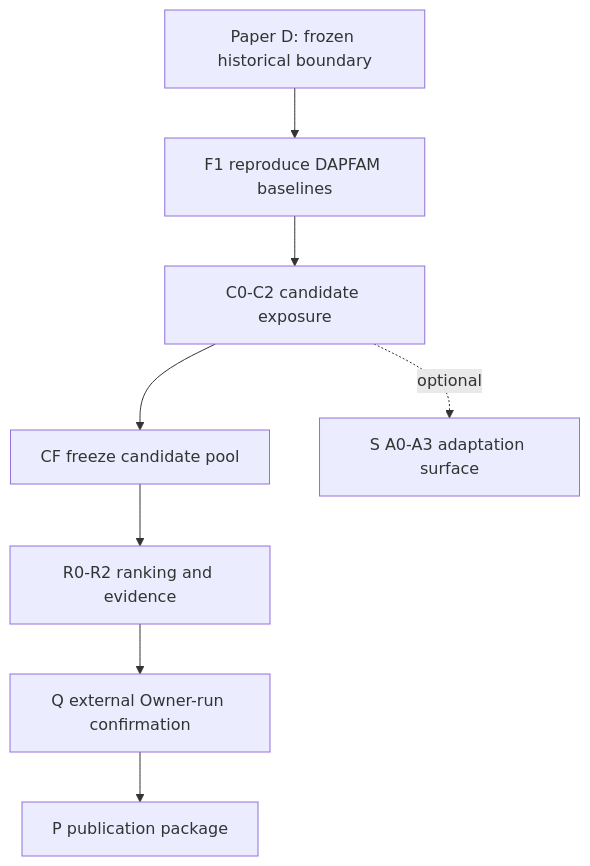
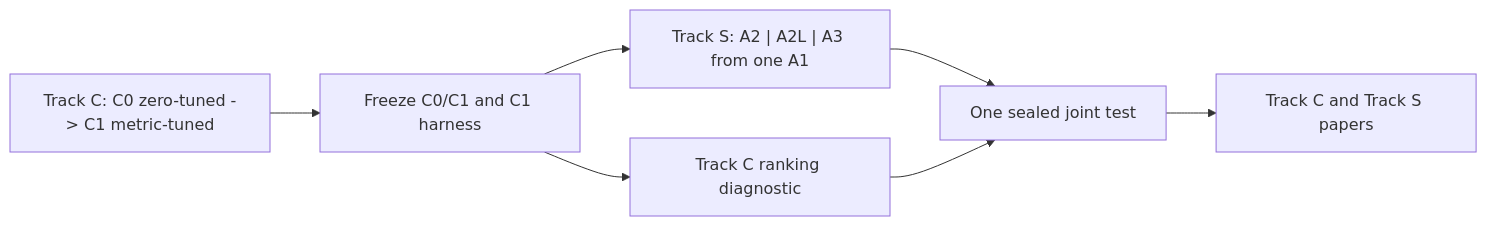
Before and after one commit to siriponsri/myIS: the diagram in README.md, drawn with Mermaid. The commit also changed other lines of this file and 122 other files, not shown here.

````diff
--- a/README.md
+++ b/README.md
@@ -23,10 +7,9 @@
 ```mermaid
-flowchart TD
-    D["Paper D: frozen historical boundary"] --> F1["F1 reproduce DAPFAM baselines"]
-    F1 --> C["C0-C2 candidate exposure"]
-    C --> CF["CF freeze candidate pool"]
-    CF --> R["R0-R2 ranking and evidence"]
-    C -. optional .-> S["S A0-A3 adaptation surface"]
-    R --> Q["Q external Owner-run confirmation"]
-    Q --> P["P publication package"]
+flowchart LR
+  C["Track C: C0 zero-tuned -> C1 metric-tuned"] --> F["Freeze C0/C1 and C1 harness"]
+  F --> S["Track S: A2 | A2L | A3 from one A1"]
+  F --> D["Track C ranking diagnostic"]
+  S --> Q["One sealed joint test"]
+  D --> Q
+  Q --> P["Track C and Track S papers"]
 ```
````
